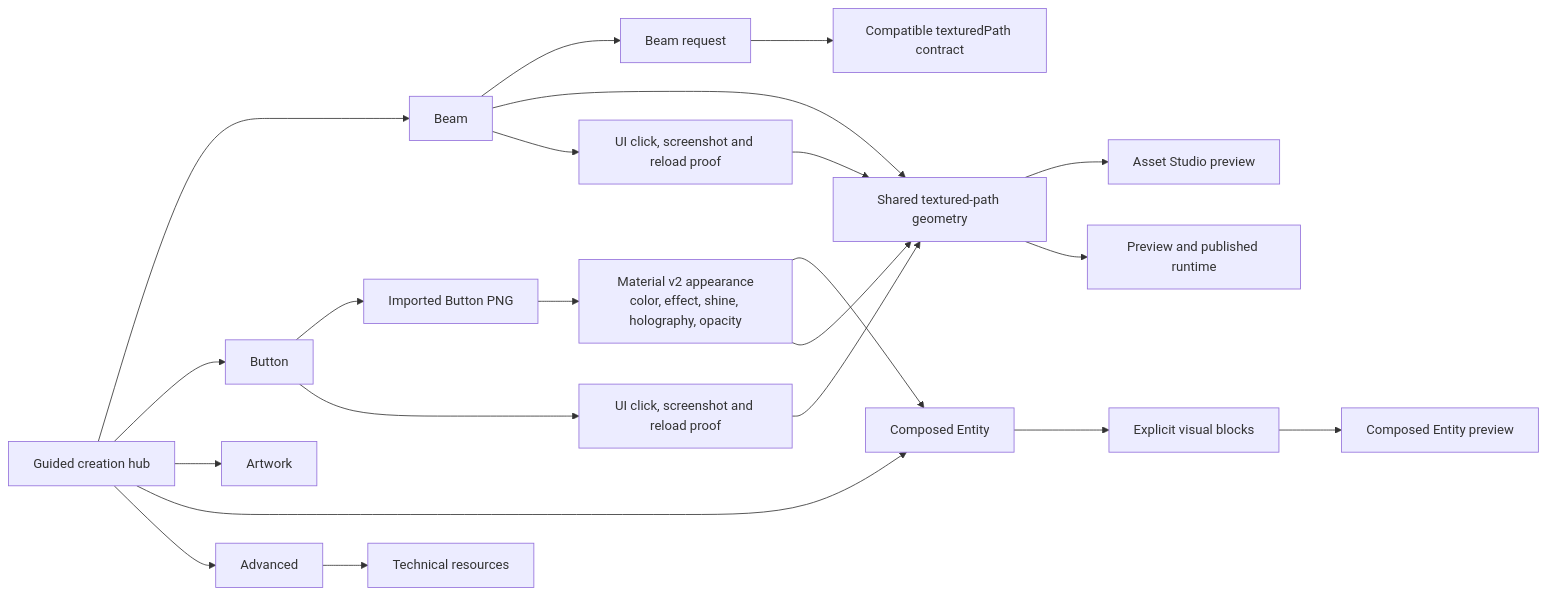
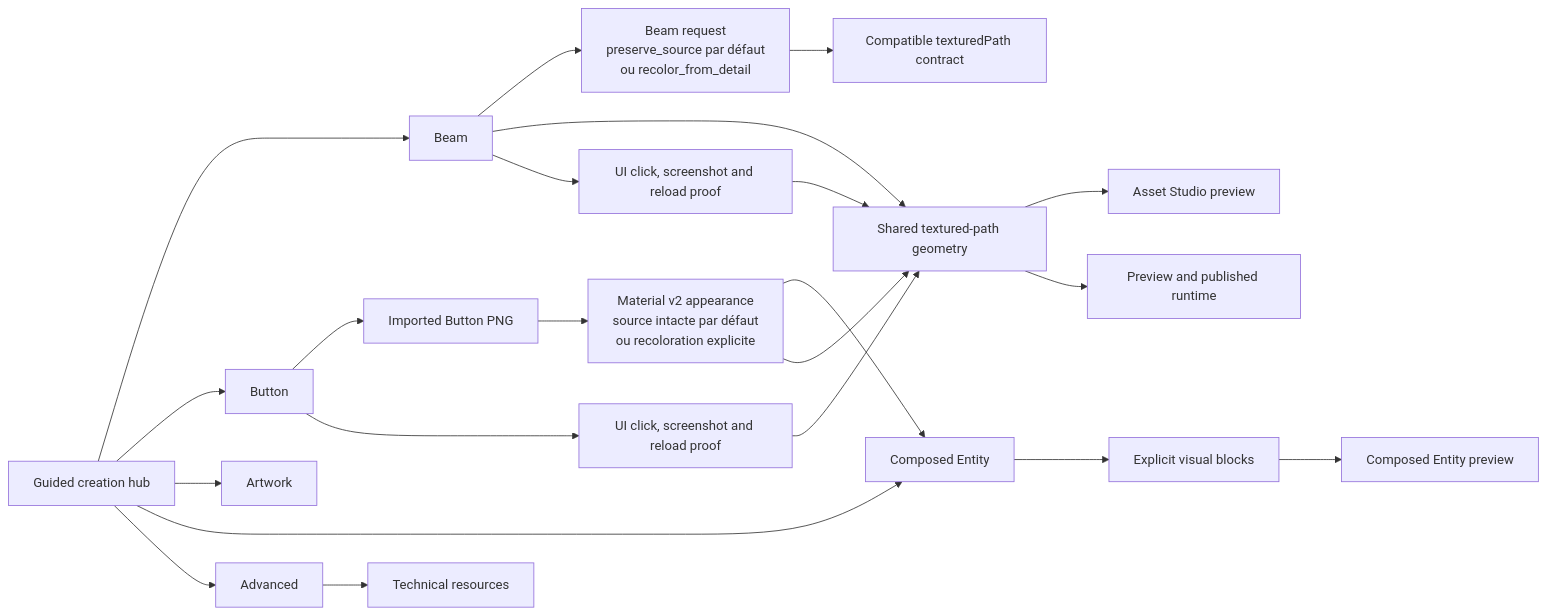
One commit to tristan-monticelli/vertex-loom changed the second of 2 diagrams in docs/architecture/components/studio-ux.md. Above: the diagram before and after it, drawn with Mermaid. The commit also changed 6 other files, not shown here.

Commit message:
fix(asset-studio): preserve source colors by default

````diff
--- a/docs/architecture/components/studio-ux.md
+++ b/docs/architecture/components/studio-ux.md
@@ -67,24 +67,24 @@
 ```mermaid
 flowchart LR
     Hub[Guided creation hub] --> Beam[Beam]
     Hub --> Button[Button]
     Hub --> Artwork[Artwork]
     Hub --> Entity[Composed Entity]
     Hub --> Advanced[Advanced]
     Advanced --> Technical[Technical resources]
-    Beam --> BeamContract[Beam request]
+    Beam --> BeamContract[Beam request<br/>preserve_source par défaut<br/>ou recolor_from_detail]
     BeamContract --> Legacy[Compatible texturedPath contract]
     Beam --> Shared[Shared textured-path geometry]
     Beam --> BeamE2E[UI click, screenshot and reload proof]
     BeamE2E --> Shared
     Button --> ButtonTexture[Imported Button PNG]
-    ButtonTexture --> ButtonMaterial[Material v2 appearance<br/>color, effect, shine, holography, opacity]
+    ButtonTexture --> ButtonMaterial[Material v2 appearance<br/>source intacte par défaut<br/>ou recoloration explicite]
     ButtonMaterial --> Entity
     ButtonMaterial --> Shared
     Button --> ButtonE2E[UI click, screenshot and reload proof]
     ButtonE2E --> Shared
     Shared --> Studio[Asset Studio preview]
     Shared --> Runtime[Preview and published runtime]
     Entity --> Blocks[Explicit visual blocks]
     Blocks --> EntityPreview[Composed Entity preview]
 ```
````
